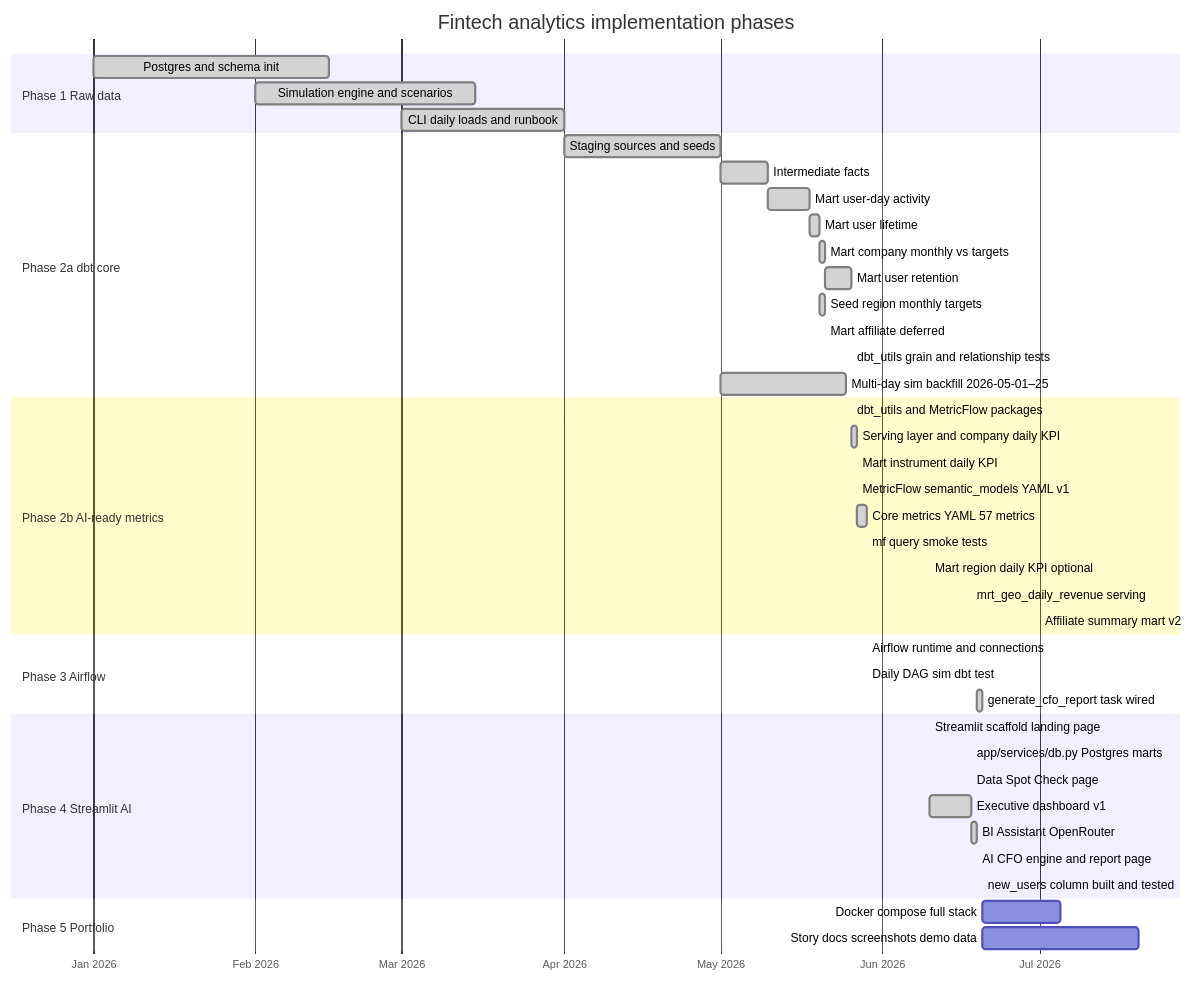
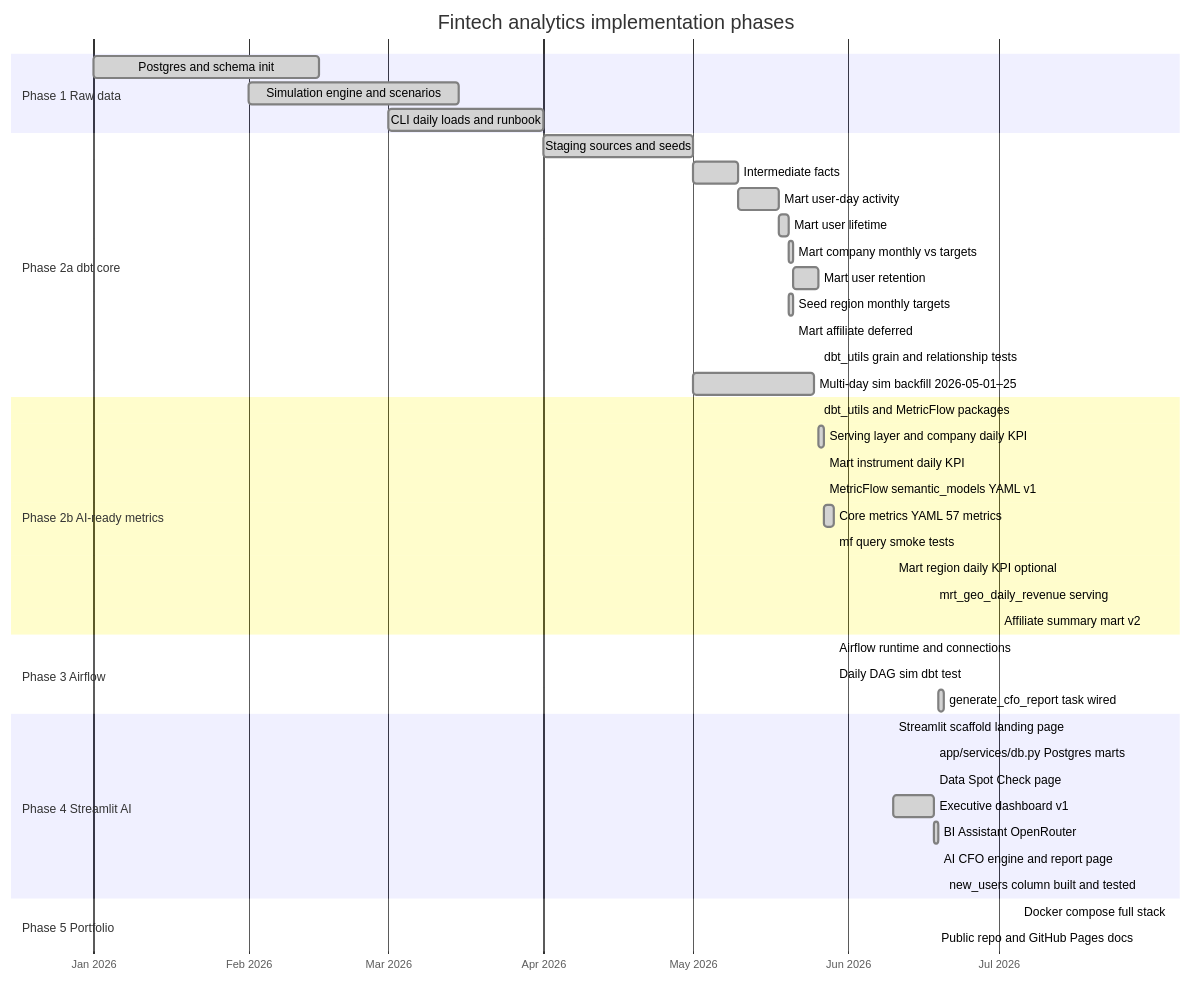
Before and after one commit to tsiagg/fintech-analytics-ai: the first of 3 diagrams in model-implementation-planning/ROADMAP.md, drawn with Mermaid. The commit also changed other lines of this file and 14 other files, not shown here.

First line of the commit message:
Add portfolio documentation site for GitHub Pages

````diff
--- a/model-implementation-planning/ROADMAP.md
+++ b/model-implementation-planning/ROADMAP.md
@@ -44,52 +46,52 @@
 ```mermaid
 gantt
     title Fintech analytics implementation phases
     dateFormat YYYY-MM-DD
     axisFormat %b %Y
 
     section Phase 1 Raw data
     Postgres and schema init           :done, p1a, 2026-01-01, 2026-02-15
     Simulation engine and scenarios      :done, p1b, 2026-02-01, 2026-03-15
     CLI daily loads and runbook          :done, p1c, 2026-03-01, 2026-04-01
 
     section Phase 2a dbt core
     Staging sources and seeds            :done, p2a, 2026-04-01, 2026-05-01
     Intermediate facts                   :done, p2b, 2026-05-01, 2026-05-10
     Mart user-day activity               :done, p2c, 2026-05-10, 2026-05-18
     Mart user lifetime                   :done, p2d, 2026-05-18, 2026-05-20
     Mart company monthly vs targets      :done, p2e, 2026-05-20, 2026-05-21
     Mart user retention                  :done, p2h, 2026-05-21, 2026-05-26
     Seed region monthly targets          :done, p2i, 2026-05-20, 2026-05-21
     Mart affiliate deferred              :crit, p2j, 2026-05-21, 2026-05-21
     dbt_utils grain and relationship tests :done, p2f, 2026-05-26, 2026-05-26
     Multi-day sim backfill 2026-05-01–25   :done, p2g, 2026-05-01, 2026-05-25
 
     section Phase 2b AI-ready metrics
     dbt_utils and MetricFlow packages    :done, p2o, 2026-05-26, 2026-05-26
     Serving layer and company daily KPI  :done, p2k, 2026-05-26, 2026-05-27
     Mart instrument daily KPI            :done, p2p, 2026-05-27, 2026-05-27
     MetricFlow semantic_models YAML v1   :done, p2la, 2026-05-27, 2026-05-27
     Core metrics YAML 57 metrics         :done, p2l, 2026-05-27, 2026-05-29
     mf query smoke tests                 :done, p2lq, 2026-05-29, 2026-05-29
     Mart region daily KPI optional       :crit, p2m, 2026-06-10, 2026-06-10
     mrt_geo_daily_revenue serving        :done, p2q, 2026-06-18, 2026-06-18
     Affiliate summary mart v2            :crit, p2n, 2026-07-01, 2026-07-01
 
     section Phase 3 Airflow
     Airflow runtime and connections      :done, p3a, 2026-05-29, 2026-05-29
     Daily DAG sim dbt test               :done, p3b, 2026-05-29, 2026-05-29
     generate_cfo_report task wired       :done, p3c, 2026-06-19, 2026-06-20
 
     section Phase 4 Streamlit AI
     Streamlit scaffold landing page      :done, p4s, 2026-06-10, 2026-06-10
     app/services/db.py Postgres marts  :done, p4d, 2026-06-18, 2026-06-18
     Data Spot Check page                 :done, p4e, 2026-06-18, 2026-06-18
     Executive dashboard v1               :done, p4a, 2026-06-10, 2026-06-18
     BI Assistant OpenRouter              :done, p4b, 2026-06-18, 2026-06-19
     AI CFO engine and report page        :done, p4c, 2026-06-19, 2026-06-19
     new_users column built and tested    :done, p4f, 2026-06-20, 2026-06-20
 
     section Phase 5 Portfolio
-    Docker compose full stack            :p5a, 2026-06-20, 2026-07-05
-    Story docs screenshots demo data     :p5b, 2026-06-20, 2026-07-20
+    Docker compose full stack            :crit, p5a, 2026-07-05, 2026-07-05
+    Public repo and GitHub Pages docs    :done, p5b, 2026-07-29, 2026-07-29
 ```
````
